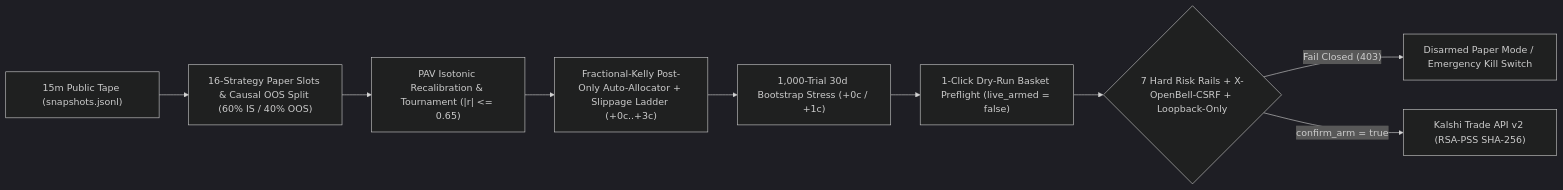
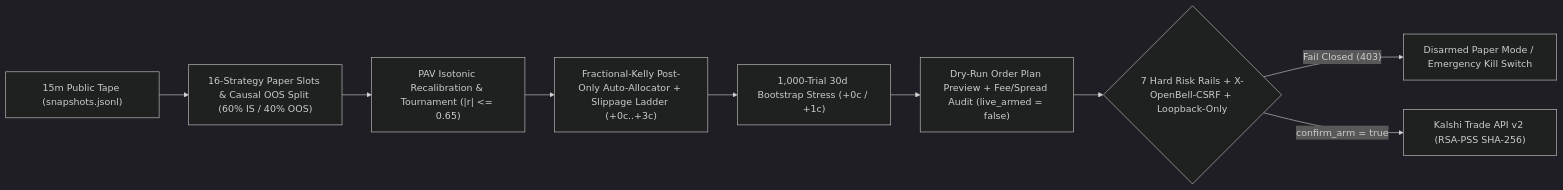
The diagram in README.md (cayleb-james2008/openbell), drawn with Mermaid (dark theme) before and after one commit. The commit also changed other lines of this file and 23 other files, not shown here.

Commit message:
release: OpenBell v0.23.0 dry-run order plan, fee/spread sanity audit & 4.6k req/s

````diff
--- a/README.md
+++ b/README.md
@@ -46,11 +46,11 @@
 ```mermaid
 flowchart LR
   T["15m Public Tape (snapshots.jsonl)"] --> S["16-Strategy Paper Slots & Causal OOS Split (60% IS / 40% OOS)"]
   S --> Q["PAV Isotonic Recalibration & Tournament (|r| <= 0.65)"]
   Q --> A["Fractional-Kelly Post-Only Auto-Allocator + Slippage Ladder (+0c..+3c)"]
   A --> B["1,000-Trial 30d Bootstrap Stress (+0c / +1c)"]
-  B --> P["1-Click Dry-Run Basket Preflight (live_armed = false)"]
+  B --> P["Dry-Run Order Plan Preview + Fee/Spread Audit (live_armed = false)"]
   P --> R{"7 Hard Risk Rails + X-OpenBell-CSRF + Loopback-Only"}
   R -- "Fail Closed (403)" --> D["Disarmed Paper Mode / Emergency Kill Switch"]
   R -- "confirm_arm = true" --> K["Kalshi Trade API v2 (RSA-PSS SHA-256)"]
 ```
````
